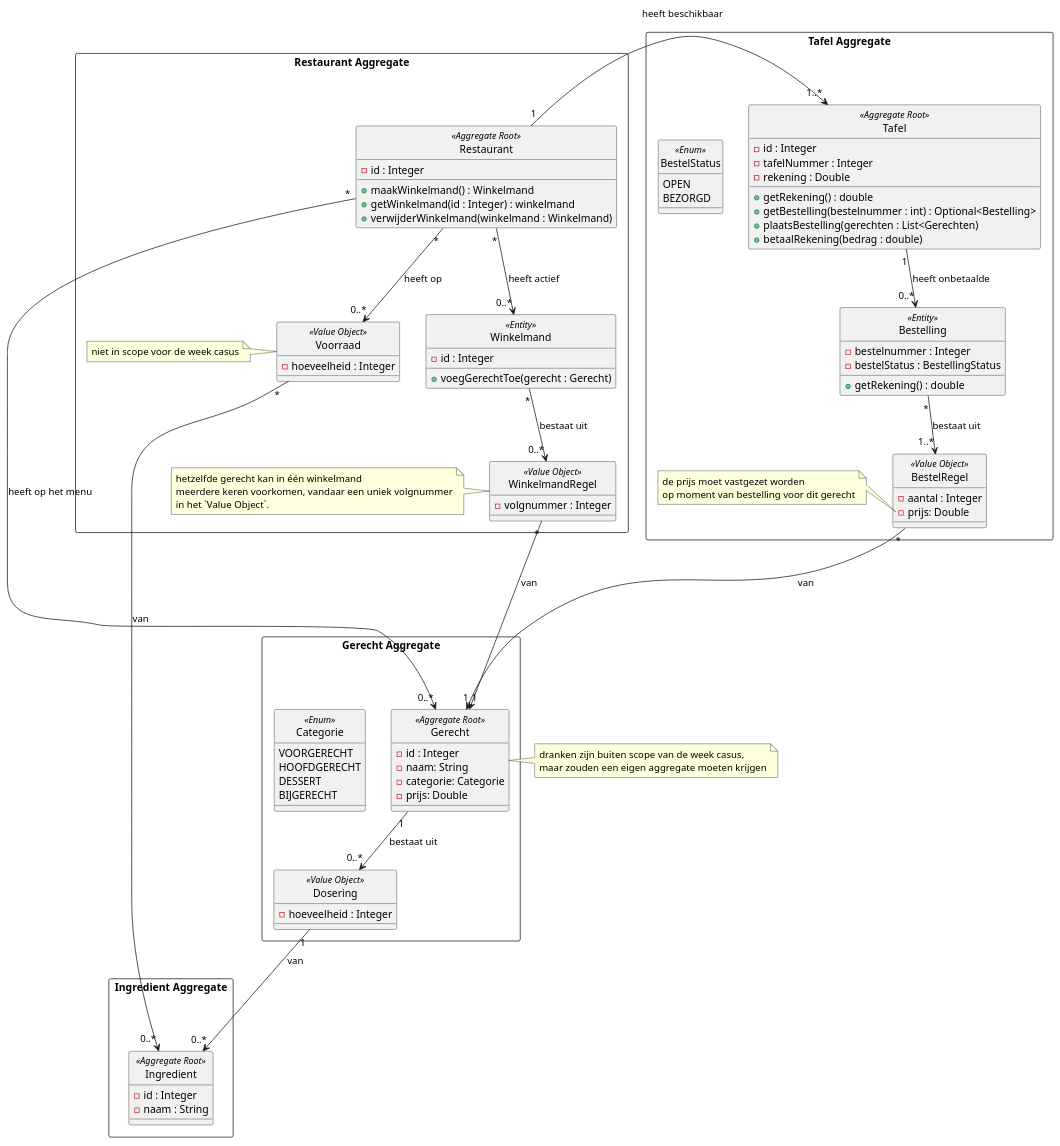
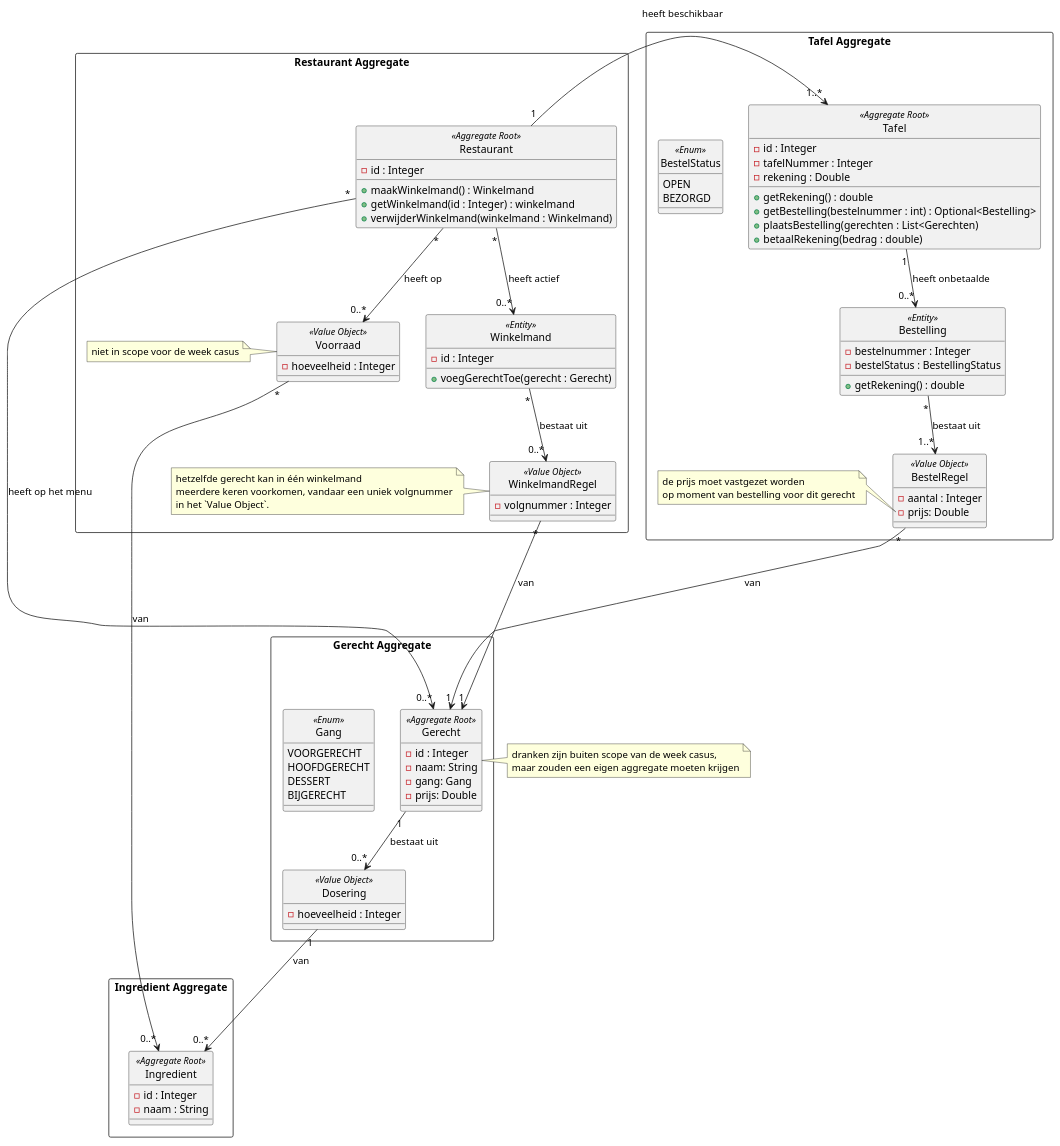
One commit to AIM-ENE/doex-opdracht-4 changed the diagram in weekopdracht/documentatie/stap 2/domeinmodel.puml. Above: the diagram before and after it, drawn with PlantUML.

Commit message:
aanscherpen week casus

```diff
--- a/weekopdracht/documentatie/stap 2/domeinmodel.puml
+++ b/weekopdracht/documentatie/stap 2/domeinmodel.puml
@@ -1,113 +1,113 @@
 @startuml
 
 hide circle
 
 rectangle "Restaurant Aggregate\n" {
     class Restaurant <<Aggregate Root>> {
         - id : Integer
 
         + maakWinkelmand() : Winkelmand
         + getWinkelmand(id : Integer) : winkelmand
         + verwijderWinkelmand(winkelmand : Winkelmand)
     }
     class Winkelmand <<Entity>> {
         - id : Integer
 
         +voegGerechtToe(gerecht : Gerecht)
     }
     class WinkelmandRegel <<Value Object>> {
         - volgnummer : Integer
     }
     class Voorraad <<Value Object>> {
         - hoeveelheid : Integer
     }
     note left of WinkelmandRegel
             hetzelfde gerecht kan in één winkelmand
             meerdere keren voorkomen, vandaar een uniek volgnummer
             in het `Value Object`.
     end note
     note left of Voorraad
         niet in scope voor de week casus
     end note
 }
 
 rectangle "Tafel Aggregate\n" {
     class Tafel <<Aggregate Root>> {
         - id : Integer
         - tafelNummer : Integer
         - rekening : Double
 
         + getRekening() : double
         + getBestelling(bestelnummer : int) : Optional<Bestelling>
         + plaatsBestelling(gerechten : List<Gerechten)
         + betaalRekening(bedrag : double)
     }
     class Bestelling <<Entity>> {
         - bestelnummer : Integer
         - bestelStatus : BestellingStatus
 
         + getRekening() : double
     }
     enum BestelStatus <<Enum>> {
             OPEN
             BEZORGD
     }
     class BestelRegel <<Value Object>> {
         - aantal : Integer
         - prijs: Double
     }
 
 
     note left of BestelRegel::prijs
         de prijs moet vastgezet worden
         op moment van bestelling voor dit gerecht
     end note
 }
 
 rectangle "Gerecht Aggregate\n" {
     class Gerecht <<Aggregate Root>> {
         - id : Integer
         - naam: String
-        - categorie: Categorie
+        - gang: Gang
         - prijs: Double
     }
     class Dosering <<Value Object>> {
         - hoeveelheid : Integer
     }
-    enum Categorie <<Enum>> {
+    enum Gang <<Enum>> {
             VOORGERECHT
             HOOFDGERECHT
             DESSERT
             BIJGERECHT
     }
 }
 note right of Gerecht
         dranken zijn buiten scope van de week casus,
         maar zouden een eigen aggregate moeten krijgen
 end note
 
 rectangle "Ingredient Aggregate\n" {
     class Ingredient <<Aggregate Root>> {
         - id : Integer
         - naam : String
     }
 }
 
 Restaurant "1" -r-> "1..*" Tafel            : heeft beschikbaar
 Restaurant "*" --> "0..*" Winkelmand        : heeft actief
 Restaurant "*" --> "0..*" Voorraad          : heeft op
 Restaurant "*" --> "0..*" Gerecht           : heeft op het menu
 
 Winkelmand "*" --> "0..*" WinkelmandRegel   : bestaat uit
 WinkelmandRegel "*" --> "1" Gerecht         : van
 
 Tafel "1" --> "0..*" Bestelling             : heeft onbetaalde
 Bestelling "*" --> "1..*" BestelRegel       : bestaat uit
 BestelRegel "*" ---> "1" Gerecht            : van
 
 Gerecht "1" --> "0..*" Dosering             : bestaat uit
 Dosering "1" --> "0..*" Ingredient          : van
 
 Voorraad "*" --> "0..*" Ingredient          : van
 
 @enduml
```
